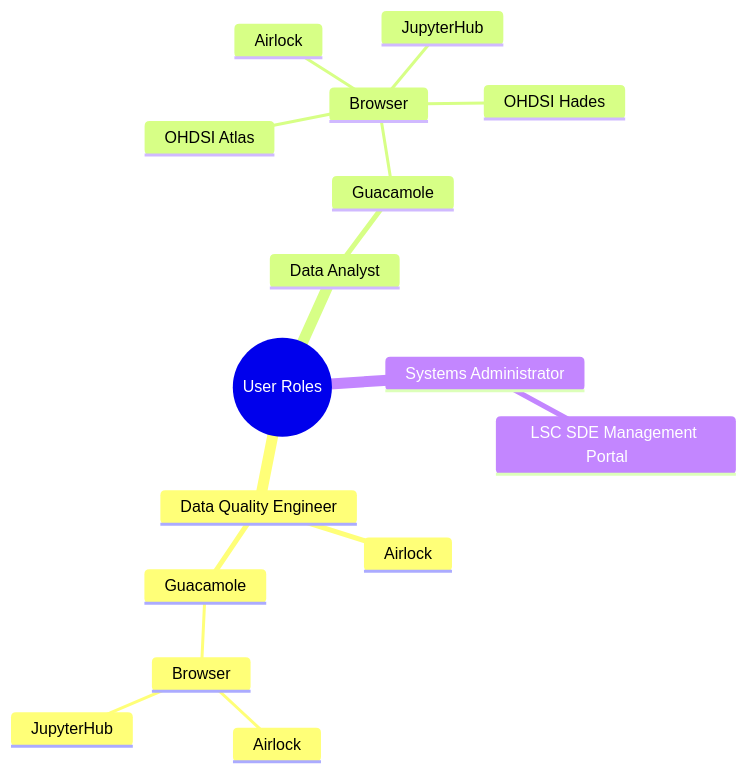
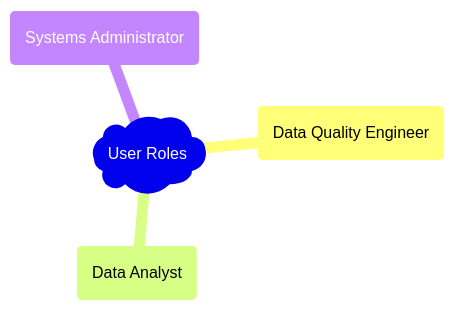
Before and after one commit to lsc-sde/lsc-sde: the first of 2 diagrams in README.md, drawn with Mermaid.

Commit message:
updated mermaid diagram

````diff
--- a/README.md
+++ b/README.md
@@ -5,19 +5,7 @@
 ```mermaid
 mindmap
-  root((User Roles))
-    Data Quality Engineer
-      Airlock
-      Guacamole
-        Browser
-          Airlock
-          JupyterHub
-    Data Analyst
-      Guacamole
-        Browser
-          Airlock
-          JupyterHub
-          OHDSI Atlas
-          OHDSI Hades
-    Systems Administrator
-      LSC SDE Management Portal    
+  root)User Roles(
+    (Data Quality Engineer)
+    (Data Analyst)
+    (Systems Administrator)
 ```
````
